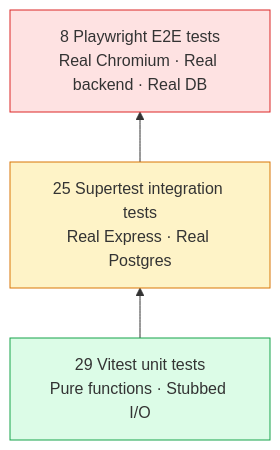
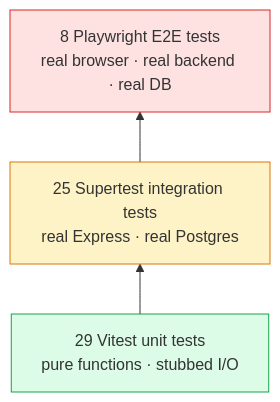
One commit to Wafinator/Uptime-Monitor changed the second of 2 diagrams in README.md. Above: the diagram before and after it, drawn with Mermaid. The commit also changed other lines of this file, not shown here.

````diff
--- a/README.md
+++ b/README.md
@@ -108,11 +94,11 @@
 ```mermaid
 flowchart BT
-    E2E[8 Playwright E2E tests<br/>Real Chromium · Real backend · Real DB]
-    INT[25 Supertest integration tests<br/>Real Express · Real Postgres]
-    UNIT[29 Vitest unit tests<br/>Pure functions · Stubbed I/O]
+    E2E[8 Playwright E2E tests<br/>real browser · real backend · real DB]
+    INT[25 Supertest integration tests<br/>real Express · real Postgres]
+    UNIT[29 Vitest unit tests<br/>pure functions · stubbed I/O]
     UNIT --> INT --> E2E
 
     style UNIT fill:#dcfce7,stroke:#16a34a
     style INT fill:#fef3c7,stroke:#d97706
     style E2E fill:#fee2e2,stroke:#dc2626
 ```
````
